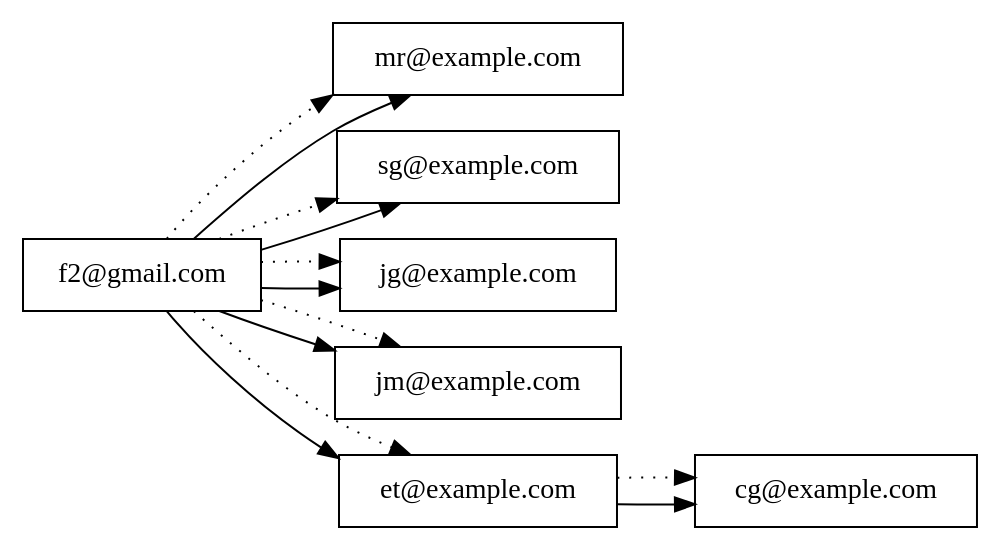
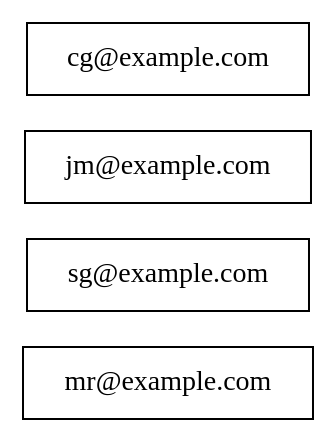
One commit to Kevin-alvarez1/PROYECTO_MULTIFASES_RED_SOCIAL changed the diagram in Fase3/main/build/Desktop_Qt_6_7_2_MinGW_64_bit-Debug/ListaAdyacencia.dot. Above: the diagram before and after it, drawn with Graphviz. The commit also changed 27 other files, not shown here.

```diff
--- a/Fase3/main/build/Desktop_Qt_6_7_2_MinGW_64_bit-Debug/ListaAdyacencia.dot
+++ b/Fase3/main/build/Desktop_Qt_6_7_2_MinGW_64_bit-Debug/ListaAdyacencia.dot
@@ -1,26 +1,11 @@
 digraph G {
 rankdir=LR;
-"f2@gmail.com" [shape=box];
 "mr@example.com" [shape=box];
 "sg@example.com" [shape=box];
-"jg@example.com" [shape=box];
 "jm@example.com" [shape=box];
-"et@example.com" [shape=box];
 "cg@example.com" [shape=box];
 
 // Conexiones de amistad
-"f2@gmail.com" -> "mr@example.com";
-"f2@gmail.com" -> "sg@example.com";
-"f2@gmail.com" -> "jg@example.com";
-"f2@gmail.com" -> "jm@example.com";
-"f2@gmail.com" -> "et@example.com";
-"et@example.com" -> "cg@example.com";
 
 // Recomendaciones
-"et@example.com" -> "cg@example.com" [style=dotted];
-"f2@gmail.com" -> "sg@example.com" [style=dotted];
-"f2@gmail.com" -> "jg@example.com" [style=dotted];
-"f2@gmail.com" -> "jm@example.com" [style=dotted];
-"f2@gmail.com" -> "et@example.com" [style=dotted];
-"f2@gmail.com" -> "mr@example.com" [style=dotted];
 }
```
